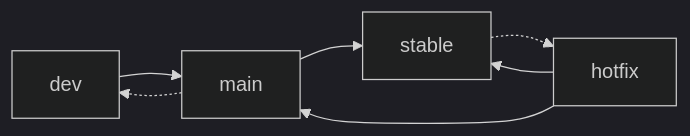
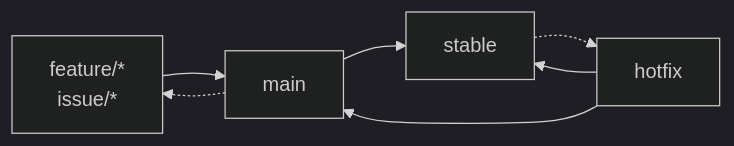
One commit to Mauwii/django_devops changed the first of 4 diagrams in docs/workflow/1-repository.md. Above: the diagram before and after it, drawn with Mermaid (dark theme). The commit also changed other lines of this file and 2 other files, not shown here.

````diff
--- a/docs/workflow/1-repository.md
+++ b/docs/workflow/1-repository.md
@@ -30,8 +28,8 @@
 ``` mermaid
 graph LR
-    dev --> main;
-    main -.-> dev;
-    main --> stable;
-    stable -.-> hotfix;
-    hotfix --> stable & main;
+  featureBranch[feature/*<br>issue/*] --> main;
+  main -.-> featureBranch;
+  main --> stable;
+  stable -.-> hotfix;
+  hotfix --> stable & main;
 ```
````
